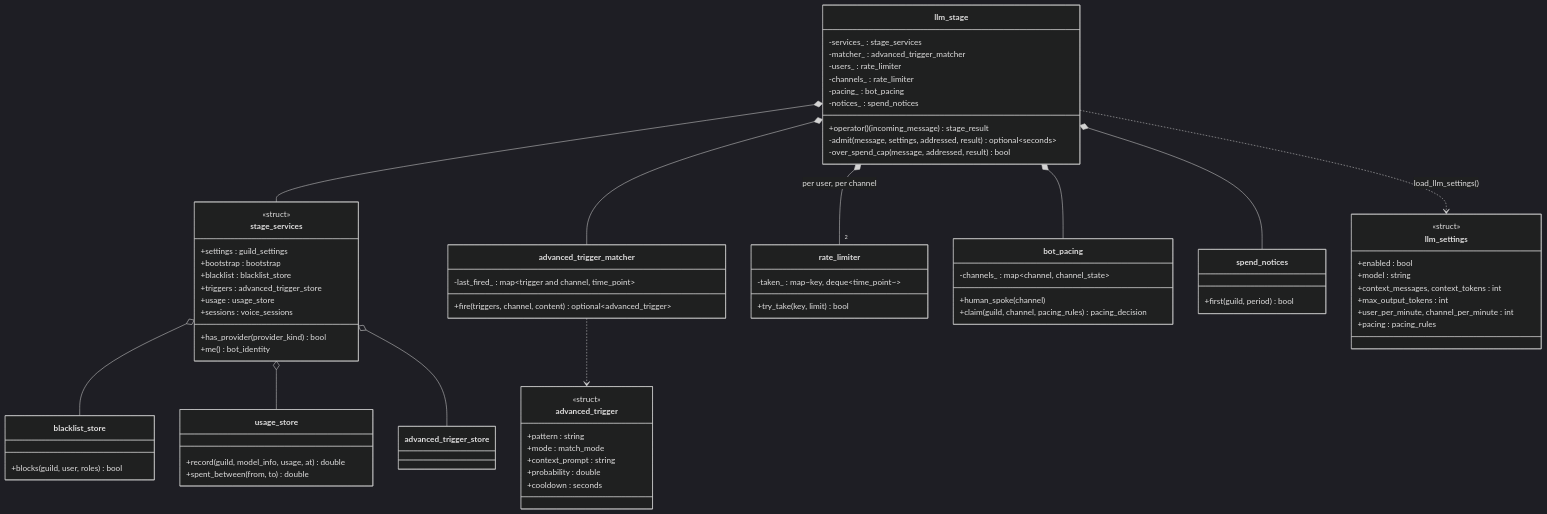
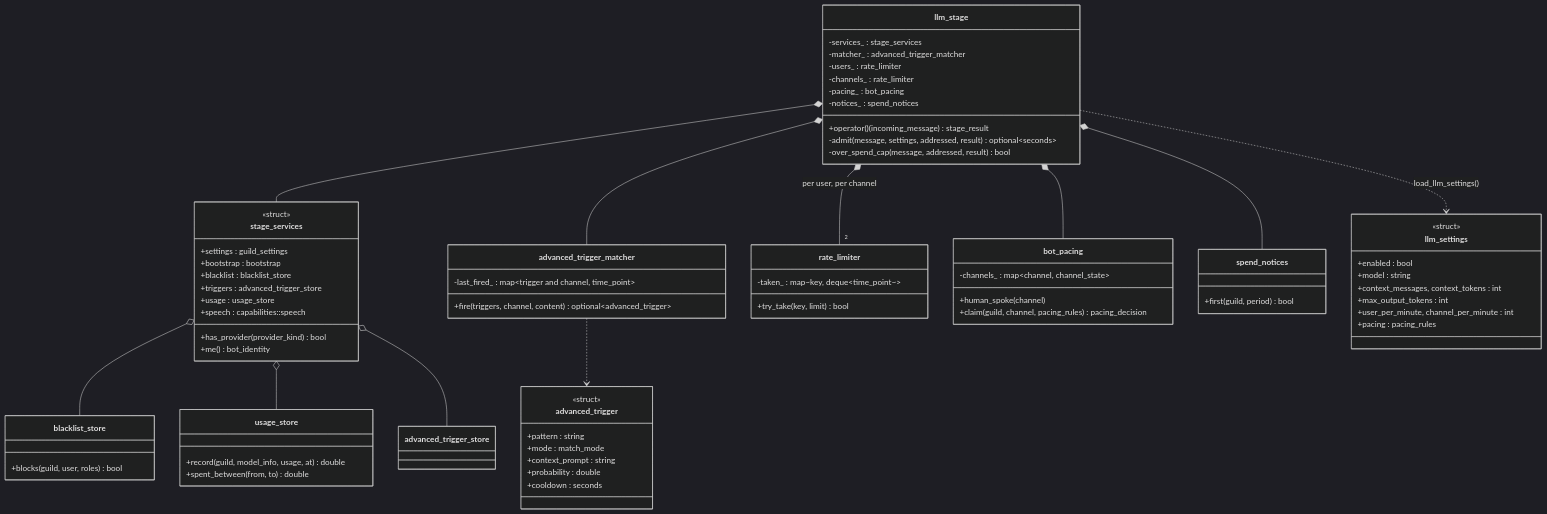
Before and after one commit to mhorn00/LatiBot-cpp: the tenth of 13 diagrams in docs/architecture/Classes.md, drawn with Mermaid (dark theme). The commit also changed other lines of this file and 19 other files, not shown here.

````diff
--- a/docs/architecture/Classes.md
+++ b/docs/architecture/Classes.md
@@ -1120,78 +1120,78 @@
 ```mermaid
 classDiagram
     direction TB
 
     class llm_stage {
         -services_ : stage_services
         -matcher_ : advanced_trigger_matcher
         -users_ : rate_limiter
         -channels_ : rate_limiter
         -pacing_ : bot_pacing
         -notices_ : spend_notices
         +operator()(incoming_message) stage_result
         -admit(message, settings, addressed, result) optional~seconds~
         -over_spend_cap(message, addressed, result) bool
     }
     class stage_services {
         <<struct>>
         +settings : guild_settings
         +bootstrap : bootstrap
         +blacklist : blacklist_store
         +triggers : advanced_trigger_store
         +usage : usage_store
-        +sessions : voice_sessions
+        +speech : capabilities::speech
         +has_provider(provider_kind) bool
         +me() bot_identity
     }
     class advanced_trigger_matcher {
         -last_fired_ : map~trigger and channel, time_point~
         +fire(triggers, channel, content) optional~advanced_trigger~
     }
     class advanced_trigger {
         <<struct>>
         +pattern : string
         +mode : match_mode
         +context_prompt : string
         +probability : double
         +cooldown : seconds
     }
     class rate_limiter {
         -taken_ : map~key, deque~time_point~~
         +try_take(key, limit) bool
     }
     class bot_pacing {
         -channels_ : map~channel, channel_state~
         +human_spoke(channel)
         +claim(guild, channel, pacing_rules) pacing_decision
     }
     class spend_notices {
         +first(guild, period) bool
     }
     class llm_settings {
         <<struct>>
         +enabled : bool
         +model : string
         +context_messages, context_tokens : int
         +max_output_tokens : int
         +user_per_minute, channel_per_minute : int
         +pacing : pacing_rules
     }
     class blacklist_store {
         +blocks(guild, user, roles) bool
     }
     class usage_store {
         +record(guild, model_info, usage, at) double
         +spent_between(from, to) double
     }
 
     llm_stage *-- stage_services
     llm_stage *-- advanced_trigger_matcher
     llm_stage *-- "2" rate_limiter : per user, per channel
     llm_stage *-- bot_pacing
     llm_stage *-- spend_notices
     llm_stage ..> llm_settings : load_llm_settings()
     advanced_trigger_matcher ..> advanced_trigger
     stage_services o-- blacklist_store
     stage_services o-- usage_store
     stage_services o-- advanced_trigger_store
 ```
````
